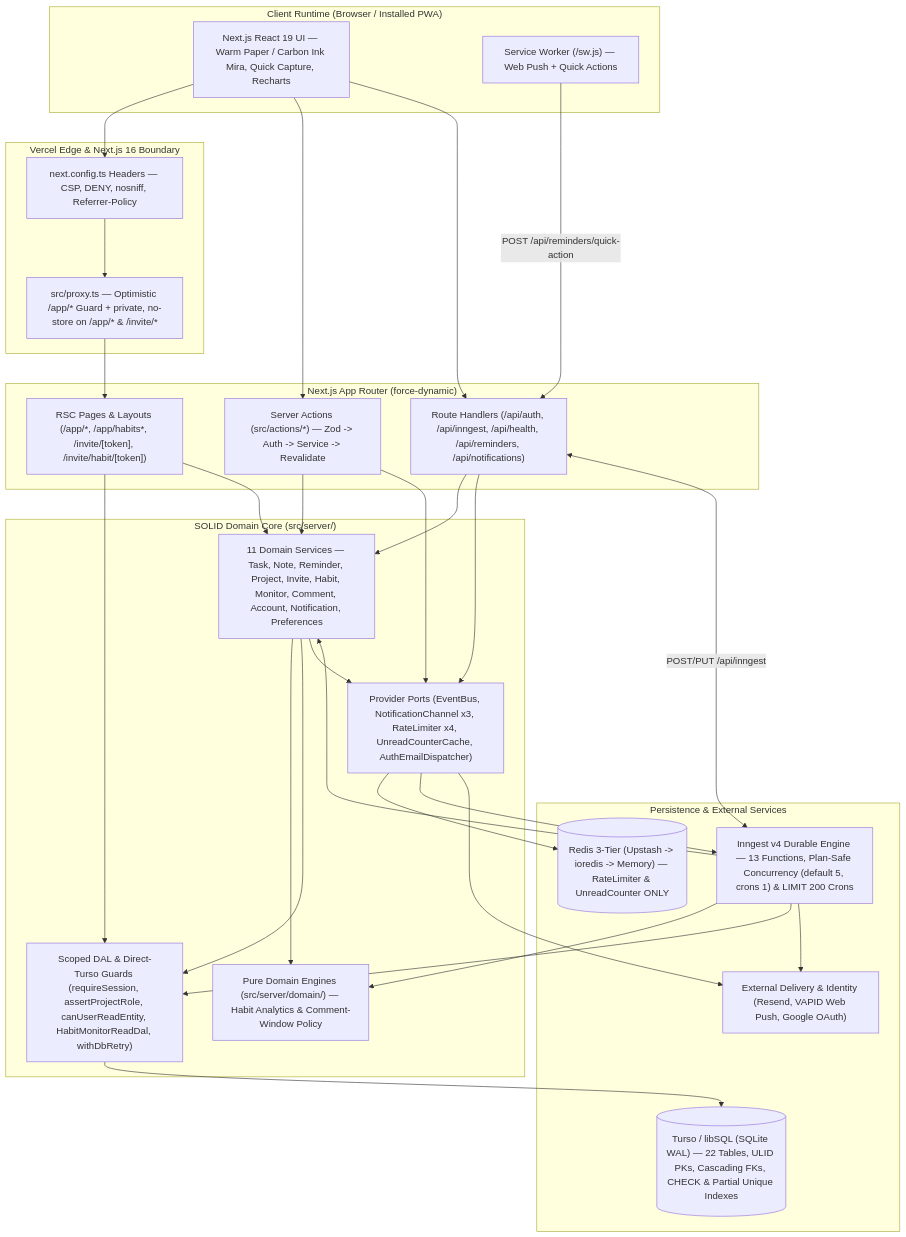
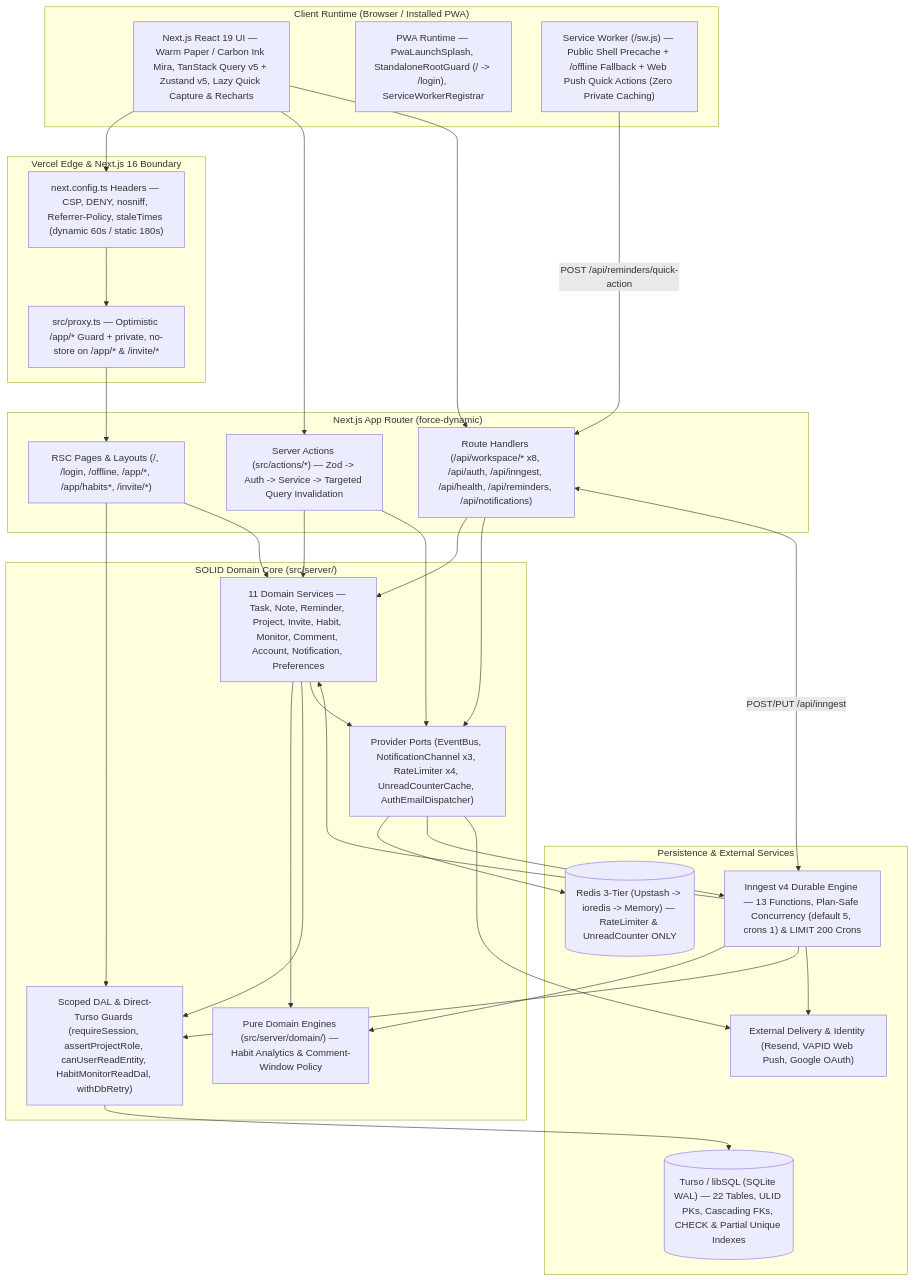
Before and after one commit to Marvin-MM/folio_tracker: the first of 11 diagrams in docs/ARCHITECTURE.md, drawn with Mermaid. The commit also changed other lines of this file and 108 other files, not shown here.

Commit message:
feat(frontend): add TanStack Query + Zustand state management, SEO, PWA splash/offline, and live E2E hardening

````diff
--- a/docs/ARCHITECTURE.md
+++ b/docs/ARCHITECTURE.md
@@ -11,56 +11,57 @@
 ```mermaid
 flowchart TB
   subgraph Client["Client Runtime (Browser / Installed PWA)"]
-    UI["Next.js React 19 UI — Warm Paper / Carbon Ink Mira, Quick Capture, Recharts"]
-    SW["Service Worker (/sw.js) — Web Push + Quick Actions"]
+    UI["Next.js React 19 UI — Warm Paper / Carbon Ink Mira, TanStack Query v5 + Zustand v5, Lazy Quick Capture & Recharts"]
+    PWA["PWA Runtime — PwaLaunchSplash, StandaloneRootGuard (/ -> /login), ServiceWorkerRegistrar"]
+    SW["Service Worker (/sw.js) — Public Shell Precache + /offline Fallback + Web Push Quick Actions (Zero Private Caching)"]
   end
 
   subgraph Edge["Vercel Edge & Next.js 16 Boundary"]
-    HDR["next.config.ts Headers — CSP, DENY, nosniff, Referrer-Policy"]
+    HDR["next.config.ts Headers — CSP, DENY, nosniff, Referrer-Policy, staleTimes (dynamic 60s / static 180s)"]
     PRX["src/proxy.ts — Optimistic /app/* Guard + private, no-store on /app/* & /invite/*"]
   end
 
   subgraph App["Next.js App Router (force-dynamic)"]
-    RSC["RSC Pages & Layouts (/app/*, /app/habits*, /invite/[token], /invite/habit/[token])"]
-    ACT["Server Actions (src/actions/*) — Zod -> Auth -> Service -> Revalidate"]
-    API["Route Handlers (/api/auth, /api/inngest, /api/health, /api/reminders, /api/notifications)"]
+    RSC["RSC Pages & Layouts (/, /login, /offline, /app/*, /app/habits*, /invite/*)"]
+    ACT["Server Actions (src/actions/*) — Zod -> Auth -> Service -> Targeted Query Invalidation"]
+    API["Route Handlers (/api/workspace/* x8, /api/auth, /api/inngest, /api/health, /api/reminders, /api/notifications)"]
   end
 
   subgraph Core["SOLID Domain Core (src/server/)"]
     DOM["Pure Domain Engines (src/server/domain/) — Habit Analytics & Comment-Window Policy"]
     SVC["11 Domain Services — Task, Note, Reminder, Project, Invite, Habit, Monitor, Comment, Account, Notification, Preferences"]
     DAL["Scoped DAL & Direct-Turso Guards (requireSession, assertProjectRole, canUserReadEntity, HabitMonitorReadDal, withDbRetry)"]
     PRV["Provider Ports (EventBus, NotificationChannel x3, RateLimiter x4, UnreadCounterCache, AuthEmailDispatcher)"]
   end
 
   subgraph Infra["Persistence & External Services"]
     DB[("Turso / libSQL (SQLite WAL) — 22 Tables, ULID PKs, Cascading FKs, CHECK & Partial Unique Indexes")]
     RDS[("Redis 3-Tier (Upstash -> ioredis -> Memory) — RateLimiter & UnreadCounter ONLY")]
     ING["Inngest v4 Durable Engine — 13 Functions, Plan-Safe Concurrency (default 5, crons 1) & LIMIT 200 Crons"]
     EXT["External Delivery & Identity (Resend, VAPID Web Push, Google OAuth)"]
   end
 
   UI --> HDR --> PRX --> RSC
   UI --> ACT
   UI --> API
   SW -->|"POST /api/reminders/quick-action"| API
 
   RSC --> DAL
   RSC --> SVC
   ACT --> SVC
   ACT --> PRV
   API --> SVC
   API --> PRV
   API <-->|"POST/PUT /api/inngest"| ING
 
   SVC --> DOM
   SVC --> DAL --> DB
   SVC --> PRV
   PRV --> RDS
   PRV --> ING
   PRV --> EXT
   ING --> DOM
   ING --> SVC
   ING --> DAL
   ING --> EXT
 ```
````
